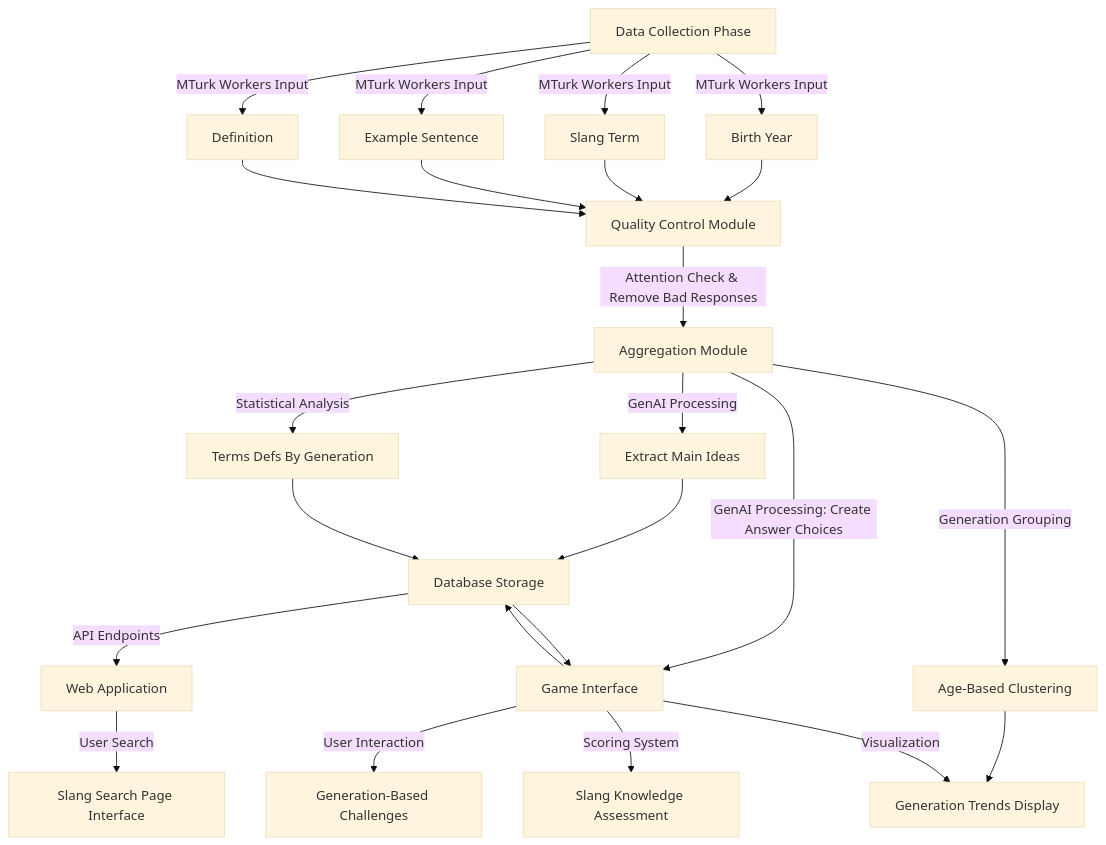
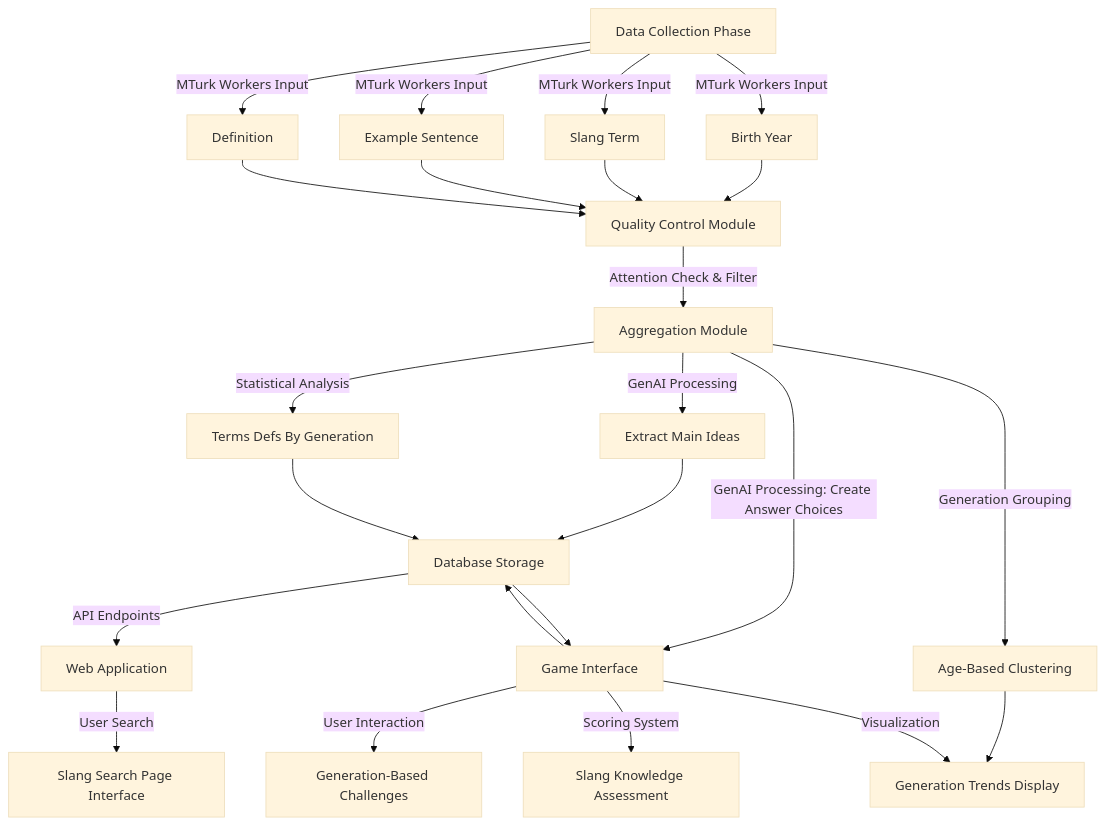
The diagram in flowchat2.md (qareeb19/nets-2130), drawn with Mermaid (base theme) before and after one commit.

````diff
--- a/flowchat2.md
+++ b/flowchat2.md
@@ -1,33 +1,33 @@
 ```mermaid
 flowchart TD
     A[Data Collection Phase] --> |MTurk Workers Input| A1[Birth Year]
     A --> |MTurk Workers Input| A2[Slang Term]
     A --> |MTurk Workers Input| A3[Example Sentence]
     A --> |MTurk Workers Input| A4[Definition]
 
     A1 --> B[Quality Control Module]
     A2 --> B
     A3 --> B
     A4 --> B
 
-    B --> |Attention Check & Remove Bad Responses| C[Aggregation Module]
+    B --> |Attention Check & Filter| C[Aggregation Module]
 
     C --> |GenAI Processing| C1[Extract Main Ideas]
     C --> |Statistical Analysis| C2[Terms Defs By Generation]
     C --> |Generation Grouping| C3[Age-Based Clustering]
 
     C1 --> E
     C2 --> E
     C3 --> D3
 
 
     C --> |GenAI Processing: Create Answer Choices| D[Game Interface]
     D --> |User Interaction| D1[Generation-Based Challenges]
     D --> |Scoring System| D2[Slang Knowledge Assessment]
     D --> |Visualization| D3[Generation Trends Display]
 
     D --> E[Database Storage]
     E --> D
     E --> |API Endpoints| F[Web Application]
     F --> |User Search| G[Slang Search Page Interface]
 ```
````
